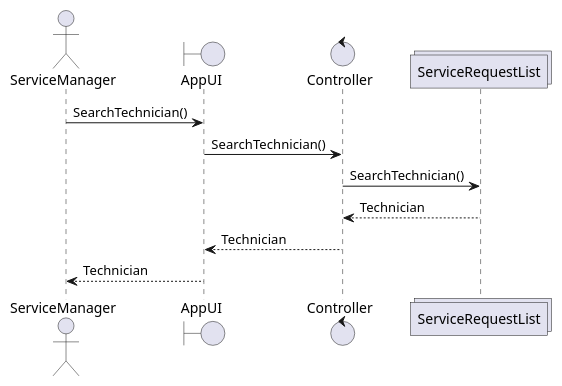
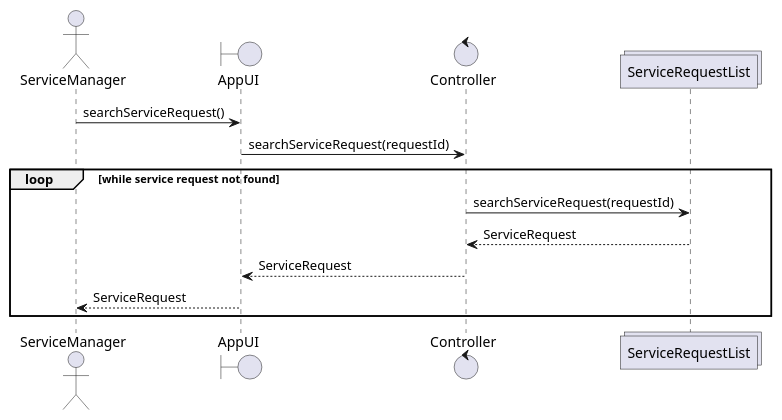
One commit to WLun001/service-request-app changed the diagram in UML/SequenceDiagram/SearchServiceRequest.puml. Above: the diagram before and after it, drawn with PlantUML.

Commit message:
edited sequence diagram ::happy: :

```diff
--- a/UML/SequenceDiagram/SearchServiceRequest.puml
+++ b/UML/SequenceDiagram/SearchServiceRequest.puml
@@ -1,13 +1,16 @@
 @startuml
 Actor ServiceManager
 Boundary AppUI
 Control Controller
 Collections ServiceRequestList
 
-ServiceManager -> AppUI : SearchTechnician()
-AppUI -> Controller :  SearchTechnician()
-Controller -> ServiceRequestList : SearchTechnician()
-ServiceRequestList --> Controller : Technician
-Controller --> AppUI : Technician
-AppUI --> ServiceManager : Technician
+ServiceManager -> AppUI : searchServiceRequest()
+AppUI -> Controller :  searchServiceRequest(requestId)
+loop while service request not found
+Controller -> ServiceRequestList : searchServiceRequest(requestId)
+ServiceRequestList --> Controller : ServiceRequest
+Controller --> AppUI : ServiceRequest
+AppUI --> ServiceManager : ServiceRequest
+end
+
 @enduml
```
